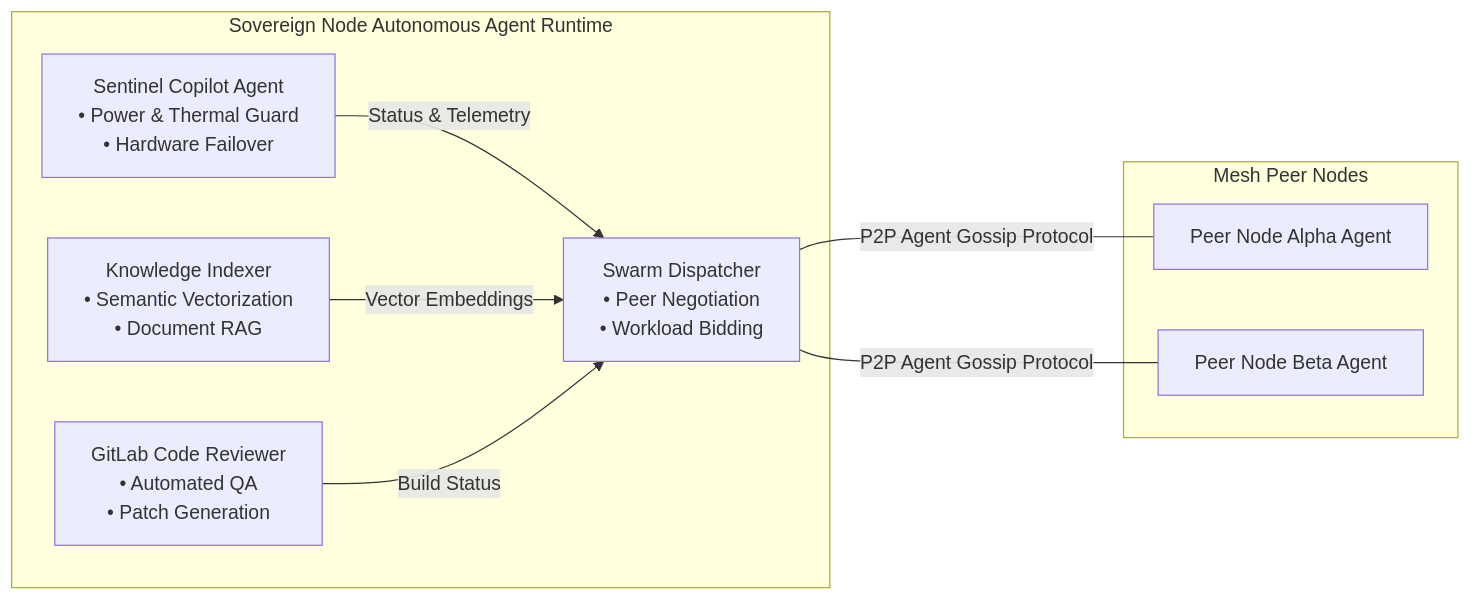
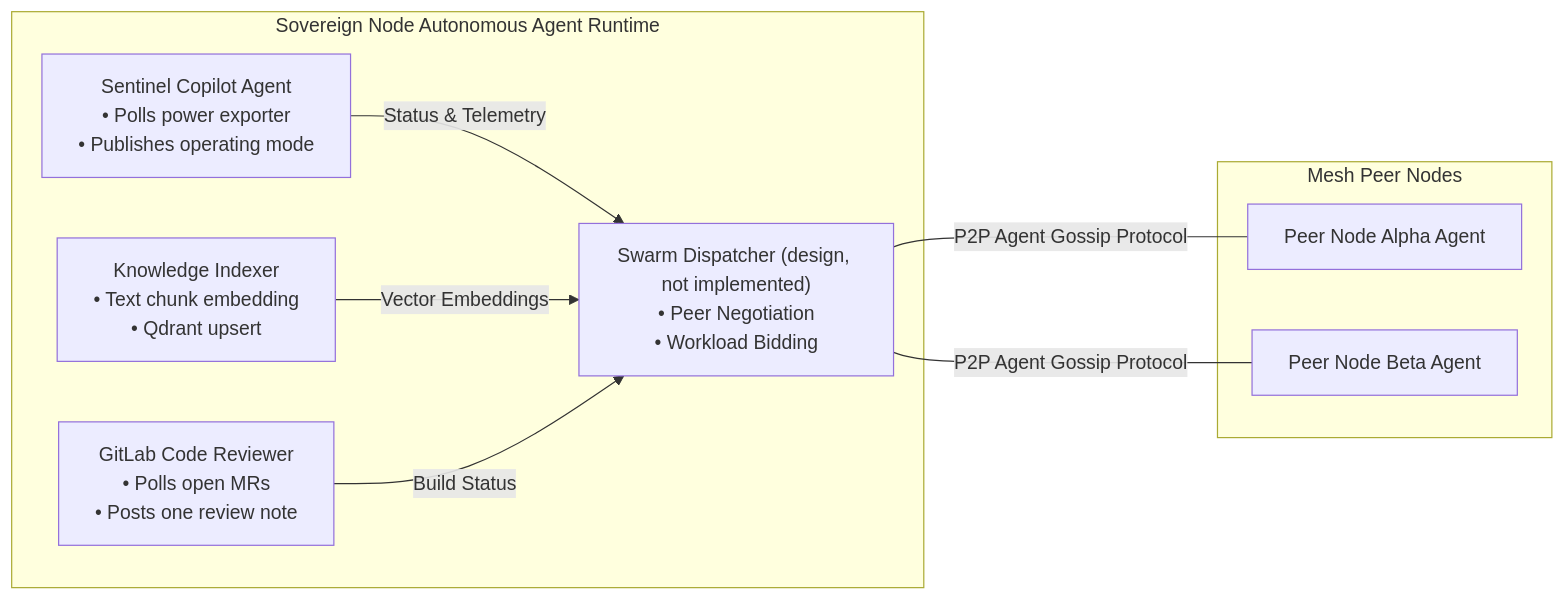
Before and after one commit to iliachry/sovereign-mini-datacenter: the fourth of 6 diagrams in ARCHITECTURE.md, drawn with Mermaid. The commit also changed other lines of this file and 91 other files, not shown here.

````diff
--- a/ARCHITECTURE.md
+++ b/ARCHITECTURE.md
@@ -251,20 +255,20 @@
 ```mermaid
 graph LR
     subgraph LocalNode ["Sovereign Node Autonomous Agent Runtime"]
-        S["Sentinel Copilot Agent<br/>• Power & Thermal Guard<br/>• Hardware Failover"]
-        R["GitLab Code Reviewer<br/>• Automated QA<br/>• Patch Generation"]
-        I["Knowledge Indexer<br/>• Semantic Vectorization<br/>• Document RAG"]
-        D["Swarm Dispatcher<br/>• Peer Negotiation<br/>• Workload Bidding"]
+        S["Sentinel Copilot Agent<br/>• Polls power exporter<br/>• Publishes operating mode"]
+        R["GitLab Code Reviewer<br/>• Polls open MRs<br/>• Posts one review note"]
+        I["Knowledge Indexer<br/>• Text chunk embedding<br/>• Qdrant upsert"]
+        D["Swarm Dispatcher (design, not implemented)<br/>• Peer Negotiation<br/>• Workload Bidding"]
     end
 
     subgraph PeerNodes ["Mesh Peer Nodes"]
         P1["Peer Node Alpha Agent"]
         P2["Peer Node Beta Agent"]
     end
 
     S -->|Status & Telemetry| D
     I -->|Vector Embeddings| D
     R -->|Build Status| D
     D ---|P2P Agent Gossip Protocol| P1
     D ---|P2P Agent Gossip Protocol| P2
 ```
````
